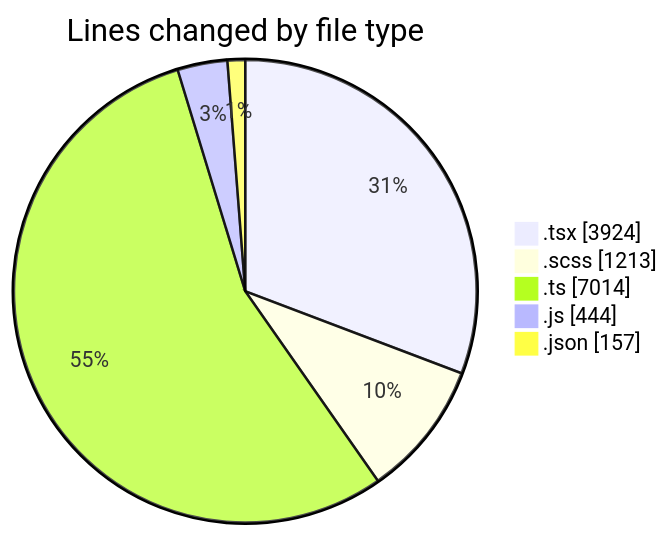
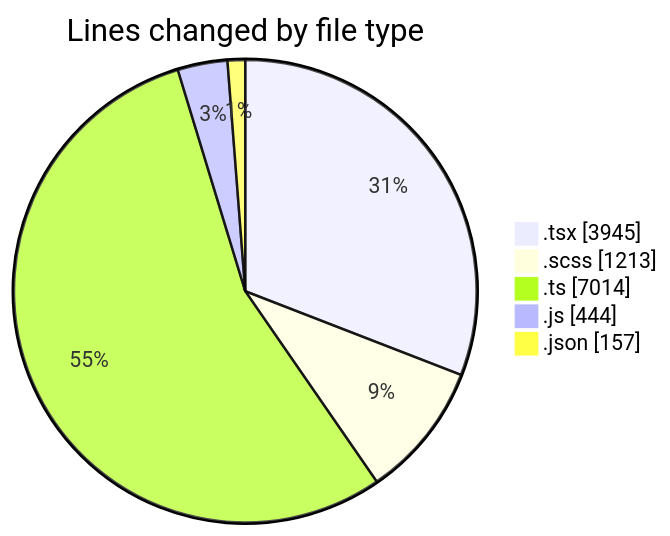
The first of 2 diagrams in 2026-04-23/cda/README.md (momahboobian/code-tracking), drawn with Mermaid before and after one commit. The commit also changed other lines of this file and 1 other file, not shown here.

````diff
--- a/2026-04-23/cda/README.md
+++ b/2026-04-23/cda/README.md
@@ -43,9 +43,9 @@
 ```mermaid
 pie showData
 title Lines changed by file type
-".tsx" : 3924
+".tsx" : 3945
 ".scss" : 1213
 ".ts" : 7014
 ".js" : 444
 ".json" : 157
 ```
````
